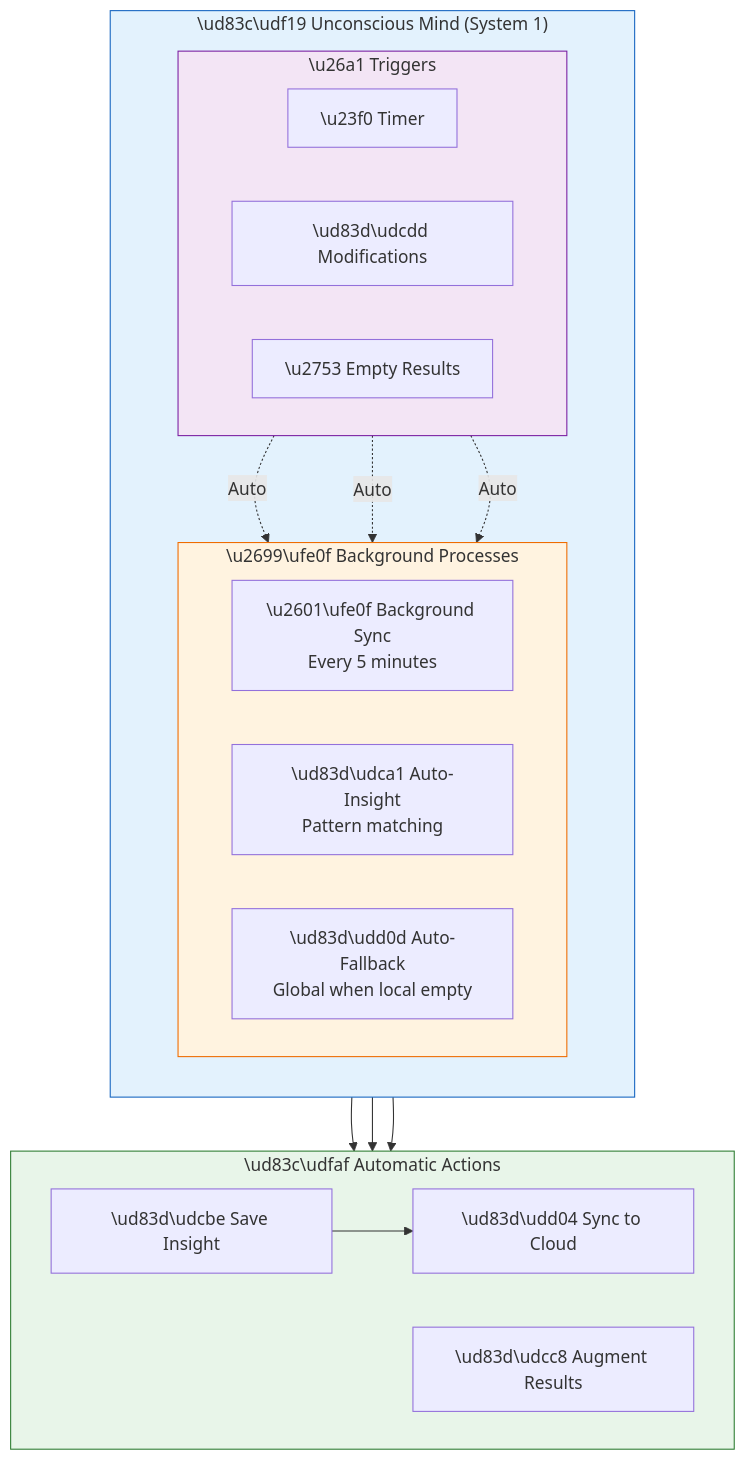
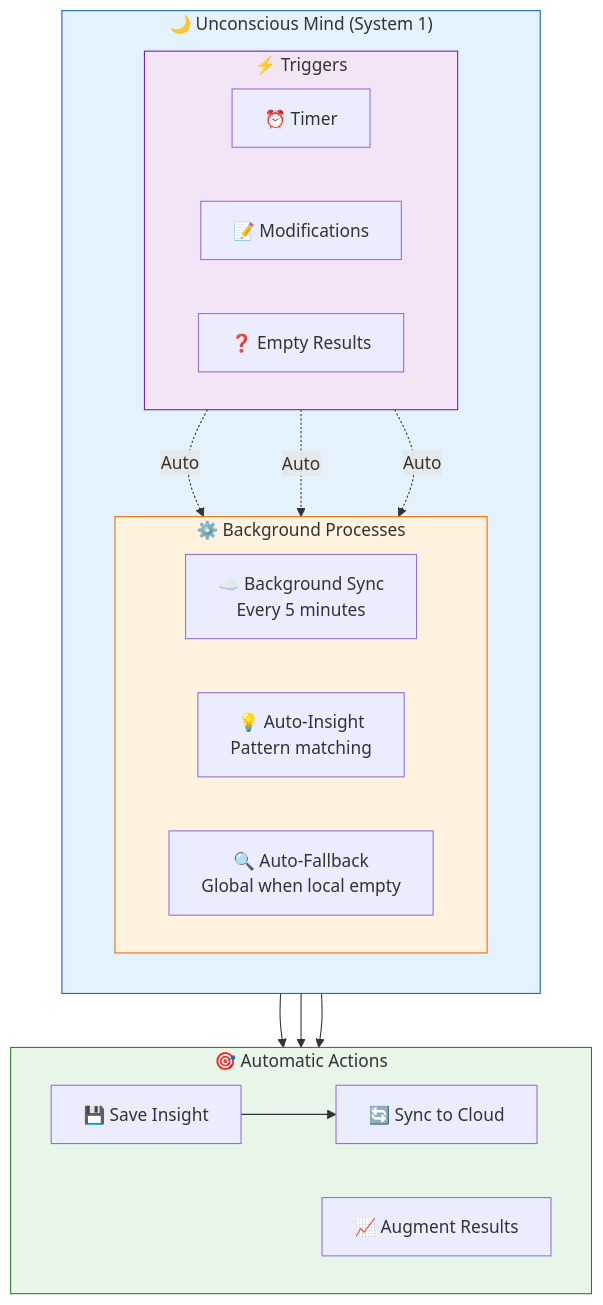
One commit to fabioc-aloha/Alex_Plug_In changed the first of 6 diagrams in alex_docs/UNCONSCIOUS-MIND.md. Above: the diagram before and after it, drawn with Mermaid. The commit also changed 15 other files, not shown here.

First line of the commit message:
feat: Skill architecture v1.0 + Mermaid diagram fixes

````diff
--- a/alex_docs/UNCONSCIOUS-MIND.md
+++ b/alex_docs/UNCONSCIOUS-MIND.md
@@ -11,42 +11,42 @@
 ```mermaid
 flowchart TB
-    subgraph UNCONSCIOUS["\ud83c\udf19 Unconscious Mind (System 1)"]
+    subgraph UNCONSCIOUS["🌙 Unconscious Mind (System 1)"]
         direction TB
 
-        subgraph PROCESSES["\u2699\ufe0f Background Processes"]
+        subgraph PROCESSES["⚙️ Background Processes"]
             direction LR
-            BGS["\u2601\ufe0f Background Sync<br/>Every 5 minutes"]
-            AID["\ud83d\udca1 Auto-Insight<br/>Pattern matching"]
-            AFS["\ud83d\udd0d Auto-Fallback<br/>Global when local empty"]
+            BGS["☁️ Background Sync<br/>Every 5 minutes"]
+            AID["💡 Auto-Insight<br/>Pattern matching"]
+            AFS["🔍 Auto-Fallback<br/>Global when local empty"]
         end
 
-        subgraph TRIGGERS["\u26a1 Triggers"]
+        subgraph TRIGGERS["⚡ Triggers"]
             direction LR
-            TIME["\u23f0 Timer"]
-            MOD["\ud83d\udcdd Modifications"]
-            SEARCH["\u2753 Empty Results"]
+            TIME["⏰ Timer"]
+            MOD["📝 Modifications"]
+            SEARCH["❓ Empty Results"]
         end
     end
 
-    subgraph ACTIONS["\ud83c\udfaf Automatic Actions"]
+    subgraph ACTIONS["🎯 Automatic Actions"]
         direction LR
-        SYNC["\ud83d\udd04 Sync to Cloud"]
-        SAVE["\ud83d\udcbe Save Insight"]
-        AUGMENT["\ud83d\udcc8 Augment Results"]
+        SYNC["🔄 Sync to Cloud"]
+        SAVE["💾 Save Insight"]
+        AUGMENT["📈 Augment Results"]
     end
 
     TIME -.->|"Auto"| BGS
     MOD -.->|"Auto"| BGS
     BGS --> SYNC
 
     SEARCH -.->|"Auto"| AFS
     AFS --> AUGMENT
 
     AID --> SAVE
     SAVE --> SYNC
 
     style UNCONSCIOUS fill:#e3f2fd,stroke:#1565c0
     style PROCESSES fill:#fff3e0,stroke:#ef6c00
     style TRIGGERS fill:#f3e5f5,stroke:#7b1fa2
     style ACTIONS fill:#e8f5e9,stroke:#2e7d32
 ```
````
